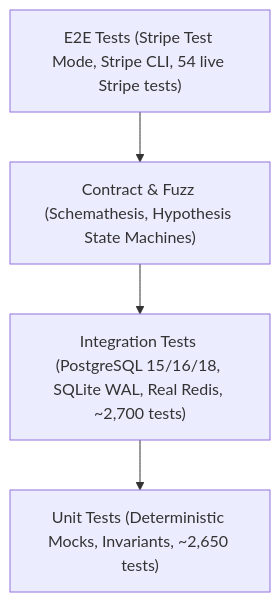
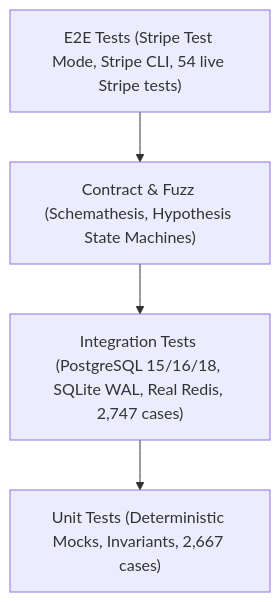
Before and after one commit to nadeko0/fastapi_e-commerce_backend: the first of 2 diagrams in docs/TESTING.md, drawn with Mermaid. The commit also changed other lines of this file and 11 other files, not shown here.

````diff
--- a/docs/TESTING.md
+++ b/docs/TESTING.md
@@ -7,6 +7,6 @@
 ```mermaid
 flowchart TD
     E2E["E2E Tests (Stripe Test Mode, Stripe CLI, 54 live Stripe tests)"] --> Fuzz["Contract & Fuzz (Schemathesis, Hypothesis State Machines)"]
-    Fuzz --> Integration["Integration Tests (PostgreSQL 15/16/18, SQLite WAL, Real Redis, ~2,700 tests)"]
-    Integration --> Unit["Unit Tests (Deterministic Mocks, Invariants, ~2,650 tests)"]
+    Fuzz --> Integration["Integration Tests (PostgreSQL 15/16/18, SQLite WAL, Real Redis, 2,747 cases)"]
+    Integration --> Unit["Unit Tests (Deterministic Mocks, Invariants, 2,667 cases)"]
 ```
````
